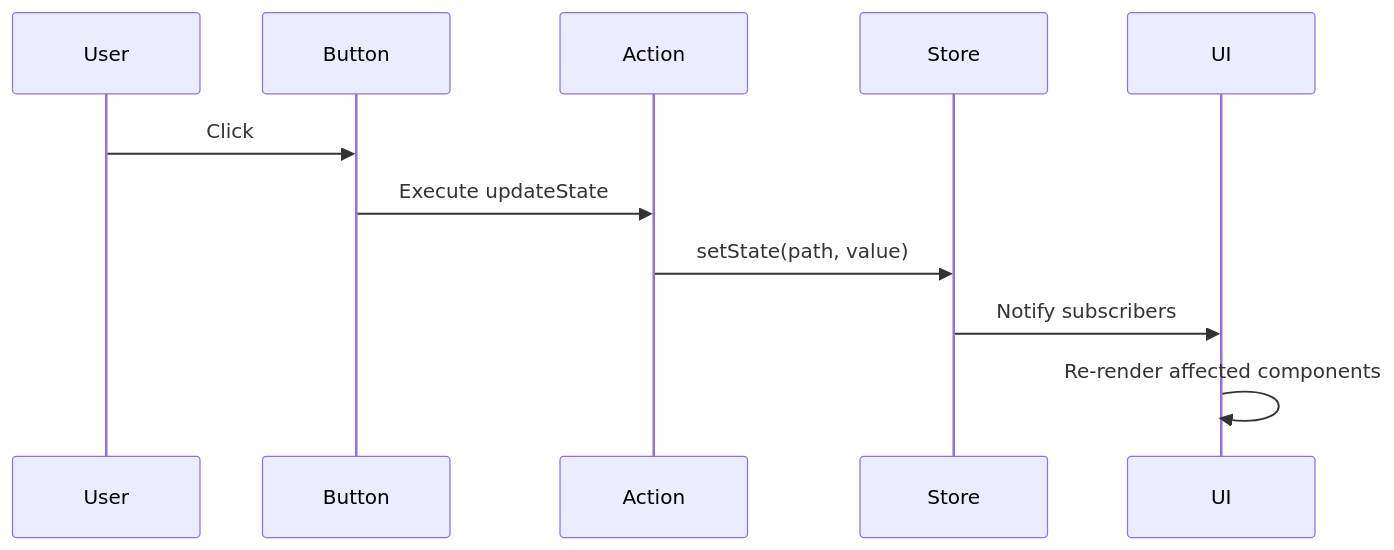
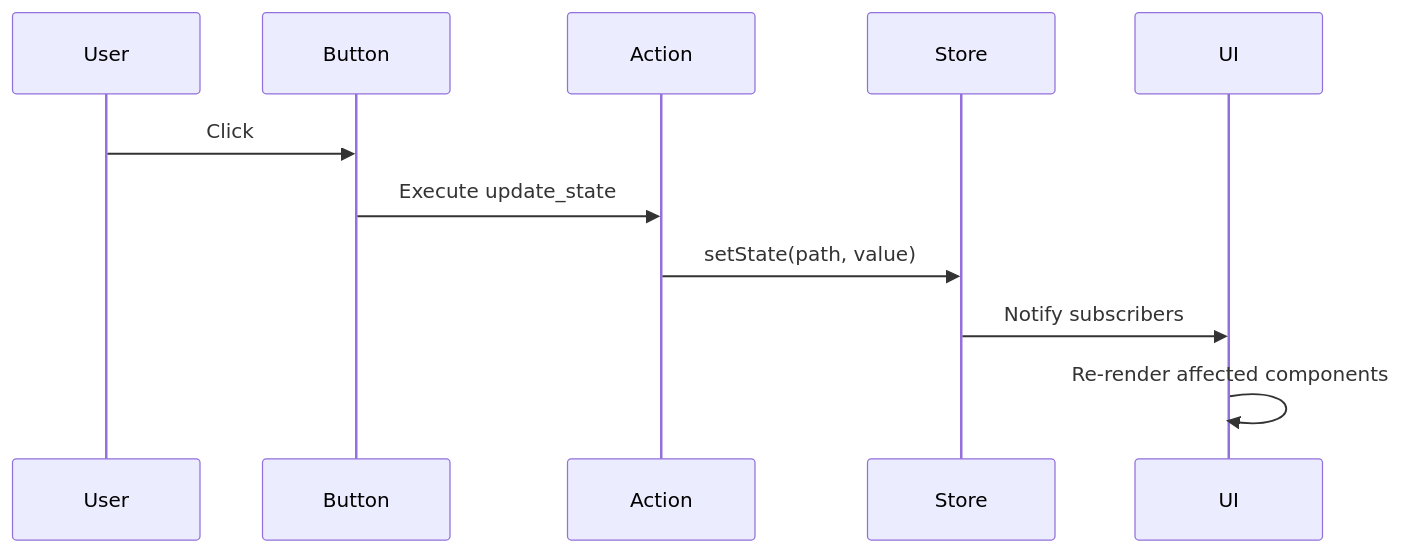
Before and after one commit to cyberpath-HQ/orbis: the second of 2 diagrams in docs/src/docs/core-concepts/state-management.mdx, drawn with Mermaid. The commit also changed other lines of this file and 34 other files, not shown here.

````diff
--- a/docs/src/docs/core-concepts/state-management.mdx
+++ b/docs/src/docs/core-concepts/state-management.mdx
@@ -463,14 +438,14 @@
 ```mermaid
 sequenceDiagram
     participant User
     participant Button
     participant Action
     participant Store
     participant UI
 
     User->>Button: Click
-    Button->>Action: Execute updateState
+    Button->>Action: Execute update_state
     Action->>Store: setState(path, value)
     Store->>UI: Notify subscribers
     UI->>UI: Re-render affected components
 ```
````
